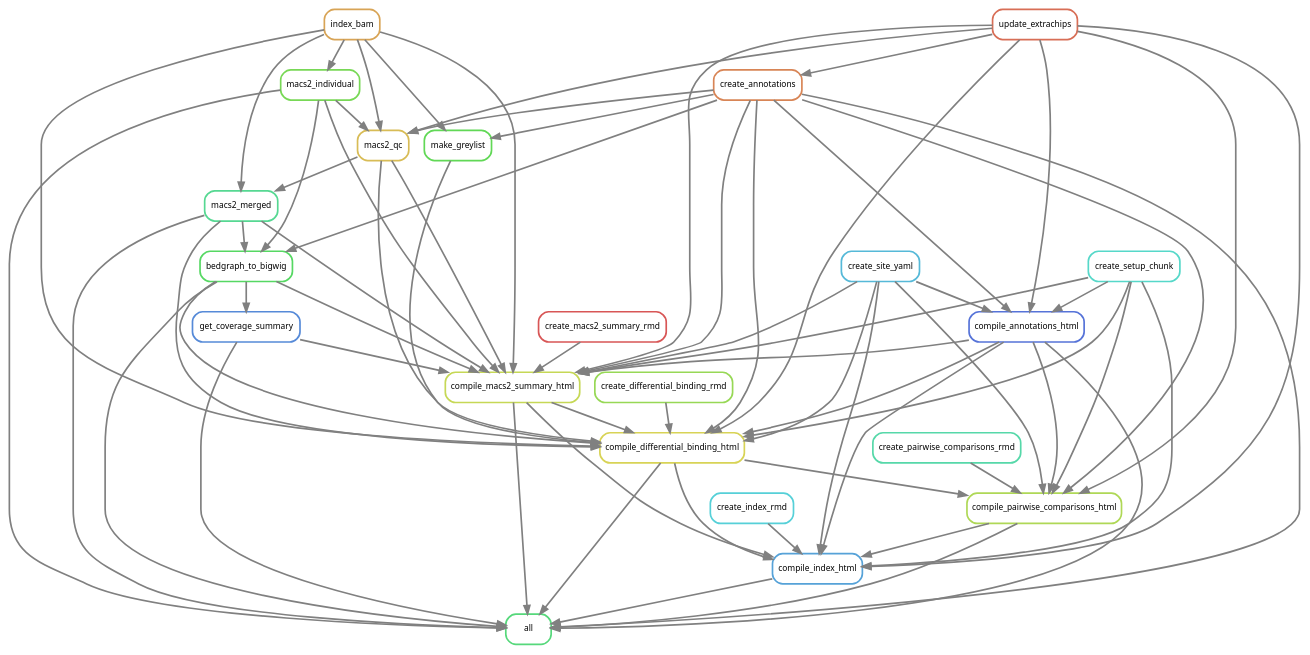
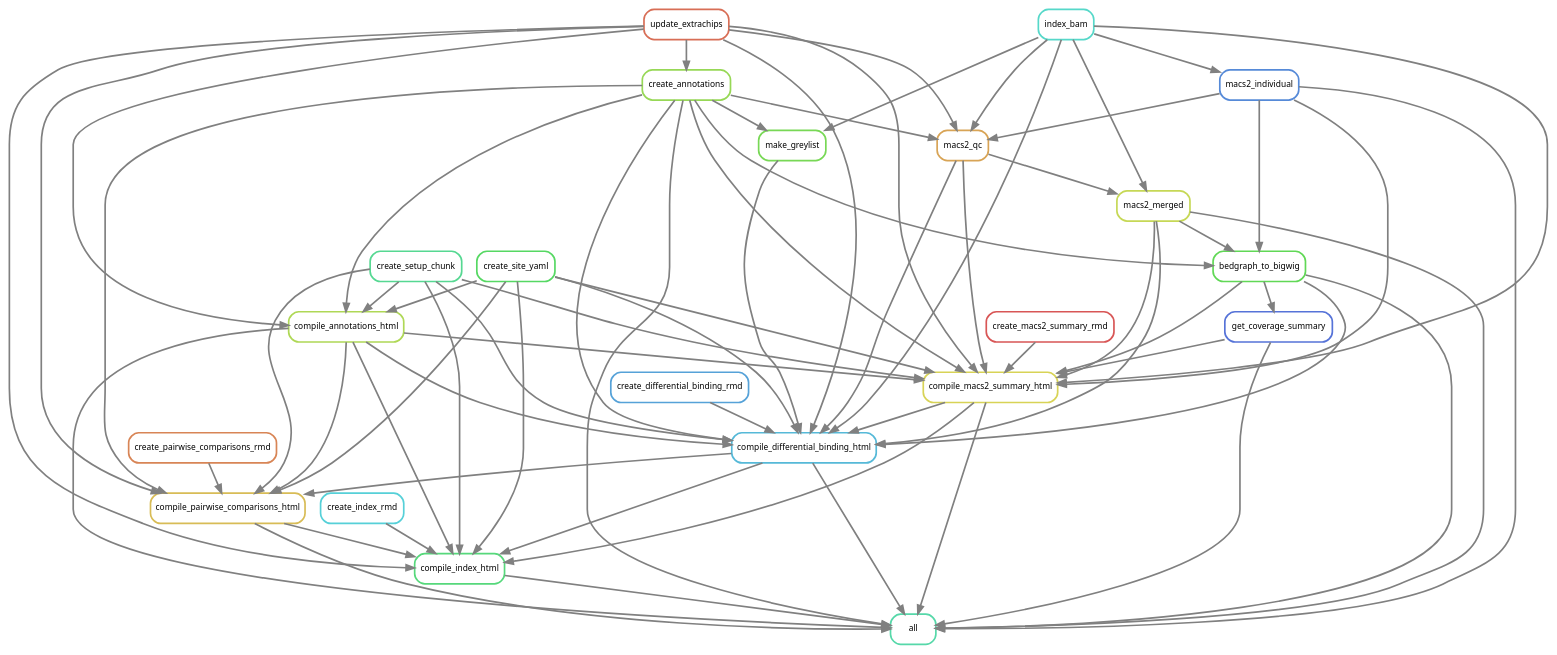
Before and after one commit to smped/GRAVI_PRJNA509779: the diagram in workflow/rules/rulegraph.dot, drawn with Graphviz. The commit also changed 3 other files, not shown here.

```diff
--- a/workflow/rules/rulegraph.dot
+++ b/workflow/rules/rulegraph.dot
@@ -1,93 +1,93 @@
 digraph snakemake_dag {
     graph[bgcolor=white, margin=0];
     node[shape=box, style=rounded, fontname=sans,                 fontsize=10, penwidth=2];
     edge[penwidth=2, color=grey];
-	0[label = "all", color = "0.38 0.6 0.85", style="rounded"];
-	1[label = "create_annotations", color = "0.06 0.6 0.85", style="rounded"];
+	0[label = "all", color = "0.44 0.6 0.85", style="rounded"];
+	1[label = "compile_annotations_html", color = "0.22 0.6 0.85", style="rounded"];
 	2[label = "update_extrachips", color = "0.03 0.6 0.85", style="rounded"];
-	3[label = "compile_annotations_html", color = "0.63 0.6 0.85", style="rounded"];
-	4[label = "create_setup_chunk", color = "0.48 0.6 0.85", style="rounded"];
-	5[label = "create_site_yaml", color = "0.54 0.6 0.85", style="rounded"];
-	6[label = "compile_macs2_summary_html", color = "0.19 0.6 0.85", style="rounded"];
-	7[label = "index_bam", color = "0.10 0.6 0.85", style="rounded"];
-	8[label = "bedgraph_to_bigwig", color = "0.35 0.6 0.85", style="rounded"];
-	9[label = "macs2_merged", color = "0.41 0.6 0.85", style="rounded"];
-	10[label = "macs2_qc", color = "0.13 0.6 0.85", style="rounded"];
-	11[label = "macs2_individual", color = "0.29 0.6 0.85", style="rounded"];
-	12[label = "get_coverage_summary", color = "0.60 0.6 0.85", style="rounded"];
+	3[label = "create_annotations", color = "0.25 0.6 0.85", style="rounded"];
+	4[label = "create_setup_chunk", color = "0.41 0.6 0.85", style="rounded"];
+	5[label = "create_site_yaml", color = "0.35 0.6 0.85", style="rounded"];
+	6[label = "compile_macs2_summary_html", color = "0.16 0.6 0.85", style="rounded"];
+	7[label = "index_bam", color = "0.48 0.6 0.85", style="rounded"];
+	8[label = "bedgraph_to_bigwig", color = "0.32 0.6 0.85", style="rounded"];
+	9[label = "macs2_merged", color = "0.19 0.6 0.85", style="rounded"];
+	10[label = "macs2_qc", color = "0.10 0.6 0.85", style="rounded"];
+	11[label = "macs2_individual", color = "0.60 0.6 0.85", style="rounded"];
+	12[label = "get_coverage_summary", color = "0.63 0.6 0.85", style="rounded"];
 	13[label = "create_macs2_summary_rmd", color = "0.00 0.6 0.85", style="rounded"];
-	14[label = "compile_differential_binding_html", color = "0.16 0.6 0.85", style="rounded"];
-	15[label = "make_greylist", color = "0.32 0.6 0.85", style="rounded"];
-	16[label = "create_differential_binding_rmd", color = "0.25 0.6 0.85", style="rounded"];
-	17[label = "compile_pairwise_comparisons_html", color = "0.22 0.6 0.85", style="rounded"];
-	18[label = "create_pairwise_comparisons_rmd", color = "0.44 0.6 0.85", style="rounded"];
-	19[label = "compile_index_html", color = "0.57 0.6 0.85", style="rounded"];
+	14[label = "compile_differential_binding_html", color = "0.54 0.6 0.85", style="rounded"];
+	15[label = "make_greylist", color = "0.29 0.6 0.85", style="rounded"];
+	16[label = "create_differential_binding_rmd", color = "0.57 0.6 0.85", style="rounded"];
+	17[label = "compile_pairwise_comparisons_html", color = "0.13 0.6 0.85", style="rounded"];
+	18[label = "create_pairwise_comparisons_rmd", color = "0.06 0.6 0.85", style="rounded"];
+	19[label = "compile_index_html", color = "0.38 0.6 0.85", style="rounded"];
 	20[label = "create_index_rmd", color = "0.51 0.6 0.85", style="rounded"];
 	14 -> 0
+	1 -> 0
+	3 -> 0
 	8 -> 0
+	17 -> 0
+	6 -> 0
+	19 -> 0
+	11 -> 0
+	12 -> 0
 	9 -> 0
-	19 -> 0
-	6 -> 0
-	1 -> 0
-	17 -> 0
-	12 -> 0
-	11 -> 0
-	3 -> 0
+	5 -> 1
+	3 -> 1
 	2 -> 1
-	5 -> 3
-	1 -> 3
-	4 -> 3
+	4 -> 1
 	2 -> 3
-	5 -> 6
+	7 -> 6
+	1 -> 6
+	3 -> 6
 	13 -> 6
 	8 -> 6
+	5 -> 6
+	10 -> 6
+	4 -> 6
+	2 -> 6
+	11 -> 6
+	12 -> 6
 	9 -> 6
-	2 -> 6
-	1 -> 6
-	4 -> 6
-	12 -> 6
-	11 -> 6
-	3 -> 6
-	7 -> 6
-	10 -> 6
+	3 -> 8
+	11 -> 8
 	9 -> 8
-	11 -> 8
-	1 -> 8
 	7 -> 9
 	10 -> 9
-	1 -> 10
+	7 -> 10
 	11 -> 10
-	7 -> 10
 	2 -> 10
+	3 -> 10
 	7 -> 11
 	8 -> 12
+	7 -> 14
+	1 -> 14
+	3 -> 14
+	15 -> 14
+	8 -> 14
 	5 -> 14
-	8 -> 14
-	9 -> 14
+	10 -> 14
 	2 -> 14
 	6 -> 14
-	1 -> 14
 	16 -> 14
 	4 -> 14
-	3 -> 14
-	7 -> 14
-	10 -> 14
-	15 -> 14
-	1 -> 15
+	9 -> 14
 	7 -> 15
+	3 -> 15
+	14 -> 17
+	1 -> 17
+	3 -> 17
 	5 -> 17
-	14 -> 17
 	2 -> 17
-	1 -> 17
 	18 -> 17
 	4 -> 17
-	3 -> 17
+	14 -> 19
+	1 -> 19
+	20 -> 19
 	5 -> 19
-	14 -> 19
+	17 -> 19
 	2 -> 19
 	6 -> 19
-	17 -> 19
 	4 -> 19
-	3 -> 19
-	20 -> 19
 }            
```
